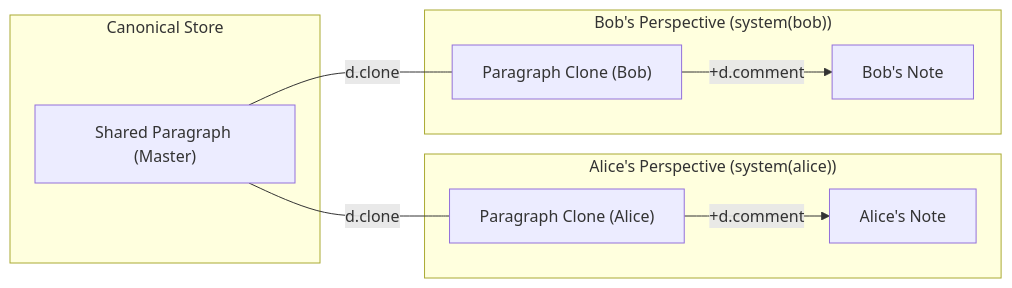
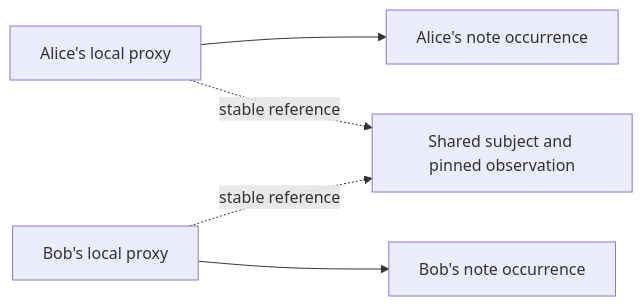
The first of 2 diagrams in design/vql-query-language.md (ccs4ever/gleditor), drawn with Mermaid before and after one commit. The commit also changed other lines of this file and 76 other files, not shown here.

````diff
--- a/design/vql-query-language.md
+++ b/design/vql-query-language.md
@@ -1499,21 +1375,8 @@
 ```mermaid
 graph LR
-    subgraph Master ["Canonical Store"]
-        P["Shared Paragraph (Master)"]
-    end
-
-    subgraph AlicePersp ["Alice's Perspective (system(alice))"]
-        CA["Paragraph Clone (Alice)"]
-        NA["Alice's Note"]
-        CA -->|"+d.comment"| NA
-    end
-
-    subgraph BobPersp ["Bob's Perspective (system(bob))"]
-        CB["Paragraph Clone (Bob)"]
-        NB["Bob's Note"]
-        CB -->|"+d.comment"| NB
-    end
-
-    P ---|"d.clone"| CA
-    P ---|"d.clone"| CB
+    P["Shared subject and pinned observation"]
+    CA["Alice's local proxy"] --> NA["Alice's note occurrence"]
+    CB["Bob's local proxy"] --> NB["Bob's note occurrence"]
+    CA -. "stable reference" .-> P
+    CB -. "stable reference" .-> P
 ```
````
